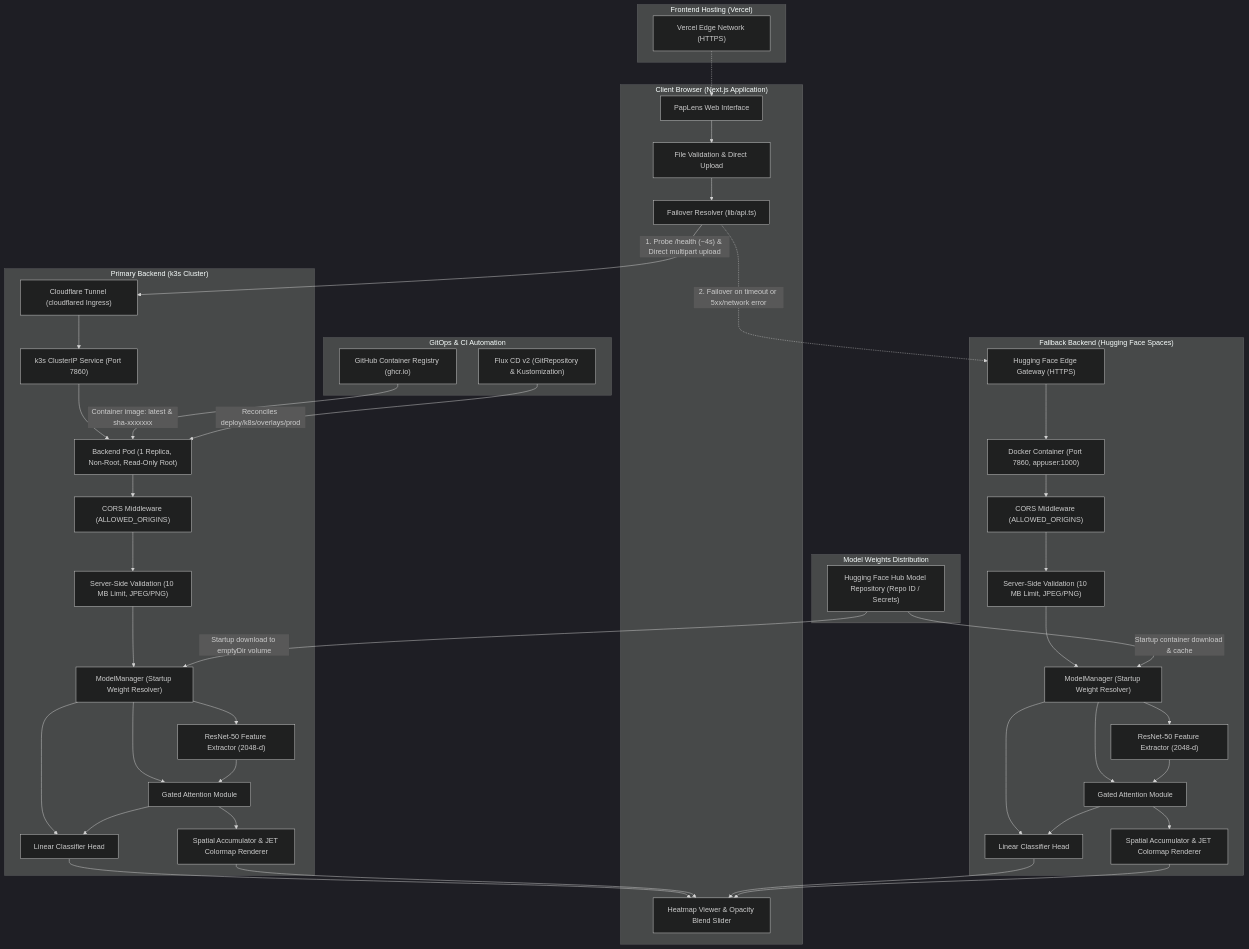
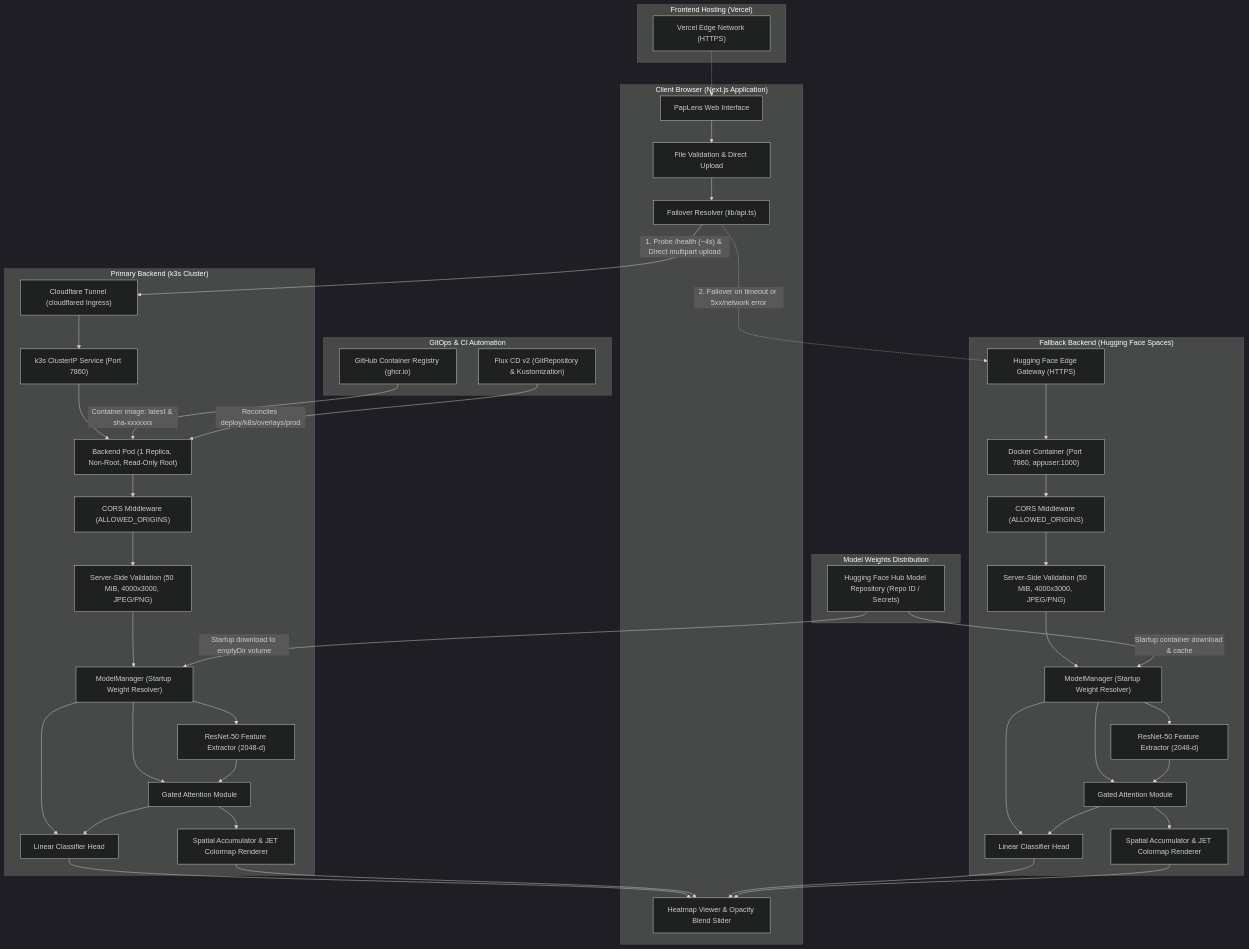
One commit to SabidMahmud/PapLens changed the diagram in README.md. Above: the diagram before and after it, drawn with Mermaid (dark theme). The commit also changed other lines of this file and 12 other files, not shown here.

```diff
--- a/README.md
+++ b/README.md
@@ -131,7 +131,7 @@
         K8sService["k3s ClusterIP Service (Port 7860)"]
         K8sPod["Backend Pod (1 Replica, Non-Root, Read-Only Root)"]
         K8sCORS["CORS Middleware (ALLOWED_ORIGINS)"]
-        K8sValidation["Server-Side Validation (10 MB Limit, JPEG/PNG)"]
+        K8sValidation["Server-Side Validation (50 MiB, 4000x3000, JPEG/PNG)"]
         K8sModelManager["ModelManager (Startup Weight Resolver)"]
         K8sBackbone["ResNet-50 Feature Extractor (2048-d)"]
         K8sAttention["Gated Attention Module"]
@@ -143,7 +143,7 @@
         HFGateway["Hugging Face Edge Gateway (HTTPS)"]
         HFContainer["Docker Container (Port 7860, appuser:1000)"]
         HFCORS["CORS Middleware (ALLOWED_ORIGINS)"]
-        HFValidation["Server-Side Validation (10 MB Limit, JPEG/PNG)"]
+        HFValidation["Server-Side Validation (50 MiB, 4000x3000, JPEG/PNG)"]
         HFModelManager["ModelManager (Startup Weight Resolver)"]
         HFBackbone["ResNet-50 Feature Extractor (2048-d)"]
         HFAttention["Gated Attention Module"]
```
